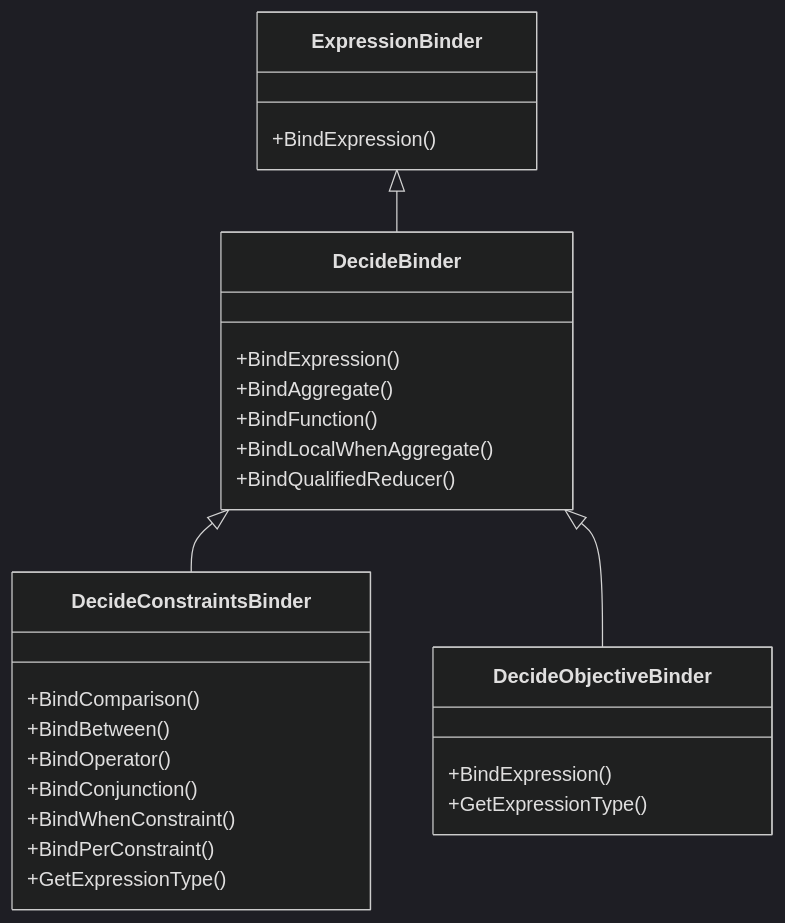
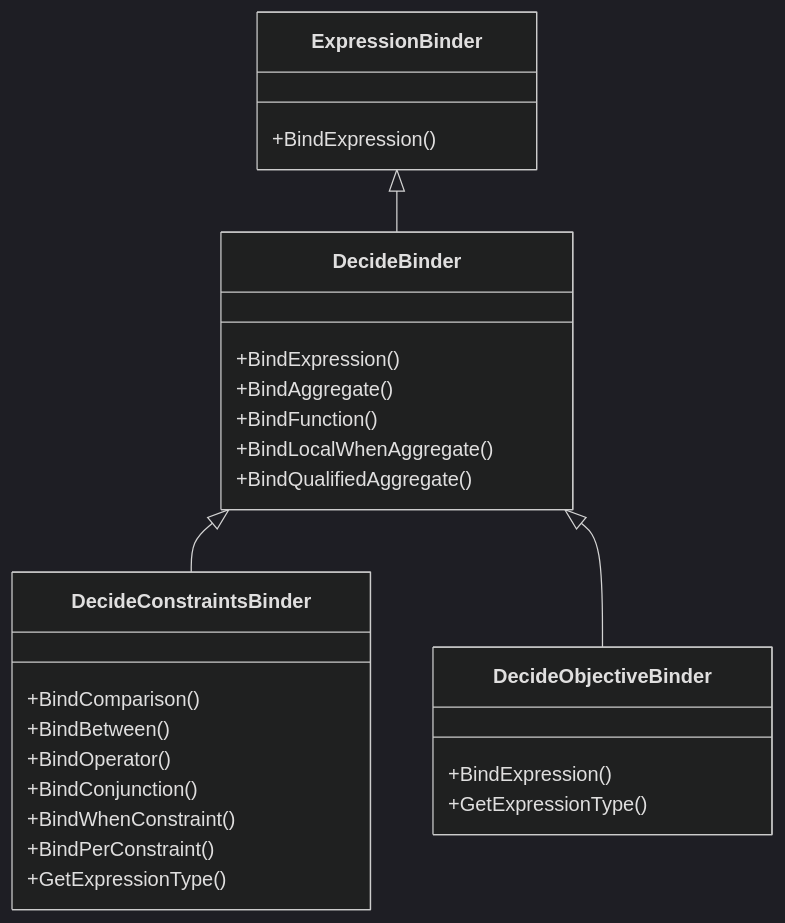
The first of 2 diagrams in context/descriptions/01_pipeline/code_structure.md (huda-lab/decidb), drawn with Mermaid (dark theme) before and after one commit. The commit also changed other lines of this file and 126 other files, not shown here.

Commit message:
decide: reducer becomes aggregate, and absorbed bounds become singleton-row bounds

````diff
--- a/context/descriptions/01_pipeline/code_structure.md
+++ b/context/descriptions/01_pipeline/code_structure.md
@@ -106,30 +106,30 @@
 ```mermaid
 classDiagram
     class ExpressionBinder {
         +BindExpression()
     }
     class DecideBinder {
         +BindExpression()
         +BindAggregate()
         +BindFunction()
         +BindLocalWhenAggregate()
-        +BindQualifiedReducer()
+        +BindQualifiedAggregate()
     }
     class DecideConstraintsBinder {
         +BindComparison()
         +BindBetween()
         +BindOperator()
         +BindConjunction()
         +BindWhenConstraint()
         +BindPerConstraint()
         +GetExpressionType()
     }
     class DecideObjectiveBinder {
         +BindExpression()
         +GetExpressionType()
     }
 
     ExpressionBinder <|-- DecideBinder
     DecideBinder <|-- DecideConstraintsBinder
     DecideBinder <|-- DecideObjectiveBinder
 ```
````
